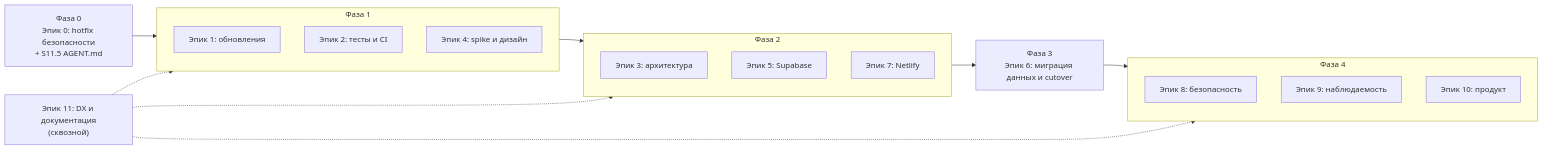
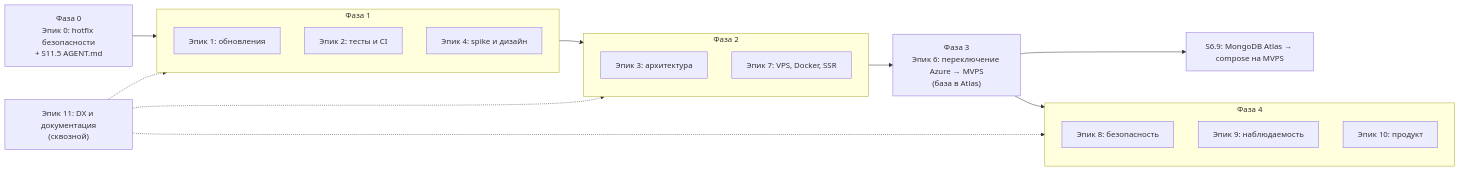
Before and after one commit to bgrmv/sfl: the diagram in docs/backlog/README.md, drawn with Mermaid. The commit also changed other lines of this file and 64 other files, not shown here.

First line of the commit message:
docs(backlog): retarget plan to Nest + Angular SSR monolith on MVPS

````diff
--- a/docs/backlog/README.md
+++ b/docs/backlog/README.md
@@ -54,23 +52,23 @@
 ```mermaid
 flowchart LR
   E0["Фаза 0<br/>Эпик 0: hotfix безопасности<br/>+ S11.5 AGENT.md"] --> P1
   subgraph P1["Фаза 1"]
     E1["Эпик 1: обновления"]
     E2["Эпик 2: тесты и CI"]
     E4["Эпик 4: spike и дизайн"]
   end
   P1 --> P2
   subgraph P2["Фаза 2"]
     E3["Эпик 3: архитектура"]
-    E5["Эпик 5: Supabase"]
-    E7["Эпик 7: Netlify"]
+    E7["Эпик 7: VPS, Docker, SSR"]
   end
-  P2 --> E6["Фаза 3<br/>Эпик 6: миграция данных и cutover"]
+  P2 --> E6["Фаза 3<br/>Эпик 6: переключение Azure → MVPS<br/>(база в Atlas)"]
   E6 --> P4
+  E6 --> DB["S6.9: MongoDB Atlas → compose на MVPS"]
   subgraph P4["Фаза 4"]
     E8["Эпик 8: безопасность"]
     E9["Эпик 9: наблюдаемость"]
     E10["Эпик 10: продукт"]
   end
   E11["Эпик 11: DX и документация<br/>(сквозной)"] -.-> P1 & P2 & P4
 ```
````
